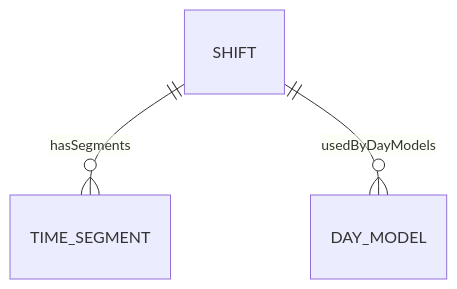
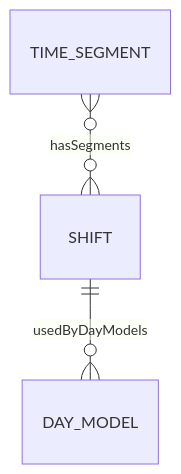
One commit to a4b-corporation/xTalent changed the second of 3 diagrams in docs/01-modules/TA/00-ontology/domain/time-modeling/shift.onto.md. Above: the diagram before and after it, drawn with Mermaid. The commit also changed other lines of this file and 12 other files, not shown here.

````diff
--- a/docs/01-modules/TA/00-ontology/domain/time-modeling/shift.onto.md
+++ b/docs/01-modules/TA/00-ontology/domain/time-modeling/shift.onto.md
@@ -222,5 +259,5 @@
 ```mermaid
 erDiagram
-    SHIFT ||--o{ TIME_SEGMENT : "hasSegments"
+    TIME_SEGMENT }o--o{ SHIFT : "hasSegments"
     SHIFT ||--o{ DAY_MODEL : "usedByDayModels"
 ```
````
